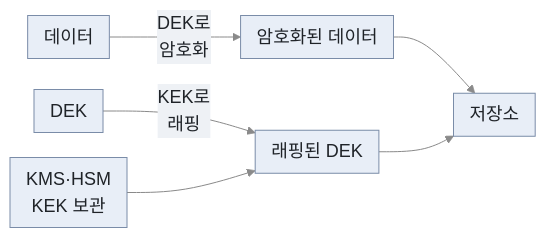
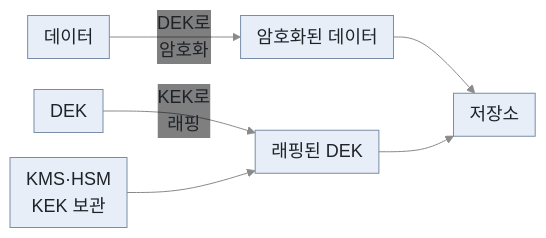
Before and after one commit to secututor/security-knowledge-base: the second of 4 diagrams in security-fundamentals/cryptography/key-management.md, drawn with Mermaid. The commit also changed other lines of this file and 13 other files, not shown here.

Commit message:
docs: Mermaid 화살표 라벨을 상자 없는 글자로 변경

````diff
--- a/security-fundamentals/cryptography/key-management.md
+++ b/security-fundamentals/cryptography/key-management.md
@@ -80,9 +80,9 @@
 ```mermaid
-%%{init: {"theme": "base", "themeVariables": {"fontSize": "18px", "primaryColor": "#e8eef7", "primaryTextColor": "#1f2328", "primaryBorderColor": "#7a8ca8", "secondaryColor": "#eef1f5", "tertiaryColor": "#f5f7fa", "lineColor": "#8a8a8a", "edgeLabelBackground": "#eef1f5", "clusterBkg": "#f5f7fa", "clusterBorder": "#7a8ca8", "actorBkg": "#e8eef7", "actorBorder": "#7a8ca8", "actorTextColor": "#1f2328", "actorLineColor": "#8a8a8a", "signalColor": "#8a8a8a", "signalTextColor": "#8a8a8a", "noteBkgColor": "#fff8dc", "noteTextColor": "#1f2328", "noteBorderColor": "#c9b458"}, "flowchart": {"nodeSpacing": 25, "rankSpacing": 60, "padding": 8}, "sequence": {"width": 110, "height": 40, "boxMargin": 6, "noteMargin": 6, "actorMargin": 40}}}%%
+%%{init: {"theme": "base", "themeVariables": {"fontSize": "18px", "primaryColor": "#e8eef7", "primaryTextColor": "#1f2328", "primaryBorderColor": "#7a8ca8", "secondaryColor": "#eef1f5", "tertiaryColor": "#f5f7fa", "lineColor": "#8a8a8a", "edgeLabelBackground": "transparent", "textColor": "#8a8a8a", "transitionLabelColor": "#8a8a8a", "clusterBkg": "#f5f7fa", "clusterBorder": "#7a8ca8", "actorBkg": "#e8eef7", "actorBorder": "#7a8ca8", "actorTextColor": "#1f2328", "actorLineColor": "#8a8a8a", "signalColor": "#8a8a8a", "signalTextColor": "#8a8a8a", "noteBkgColor": "#fff8dc", "noteTextColor": "#1f2328", "noteBorderColor": "#c9b458"}, "flowchart": {"nodeSpacing": 25, "rankSpacing": 60, "padding": 8}, "sequence": {"width": 110, "height": 40, "boxMargin": 6, "noteMargin": 6, "actorMargin": 40}}}%%
 flowchart LR
     D["데이터"] -->|"DEK로<br>암호화"| ED["암호화된 데이터"]
     DEK["DEK"] -->|"KEK로<br>래핑"| WD["래핑된 DEK"]
     KMS["KMS·HSM<br>KEK 보관"] --> WD
     ED --> ST["저장소"]
     WD --> ST
 ```
````
